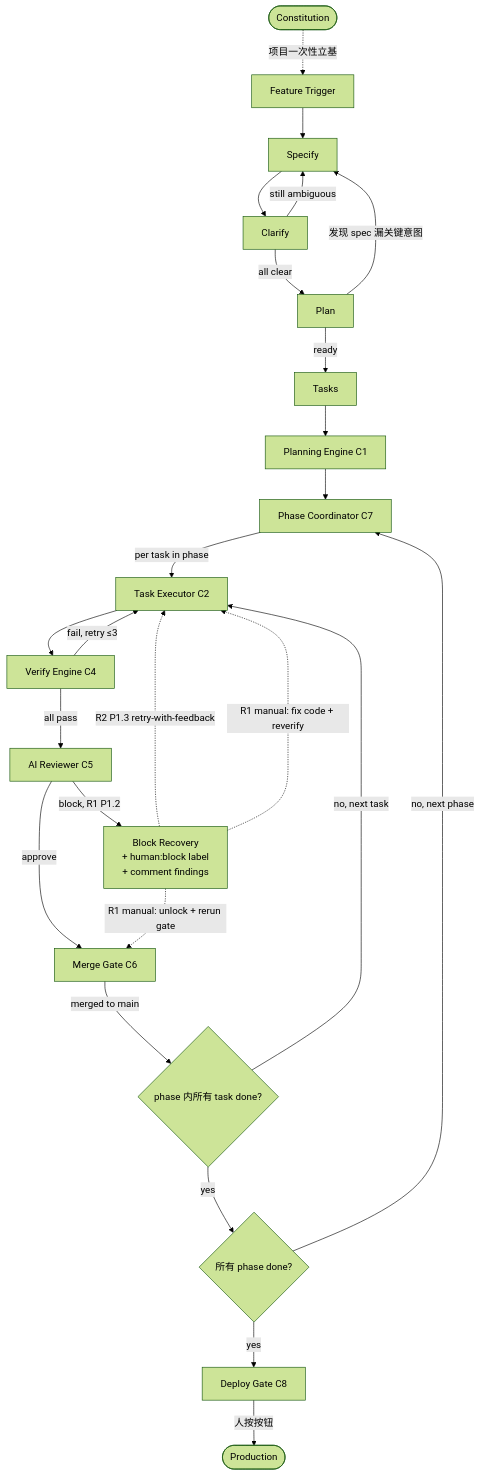
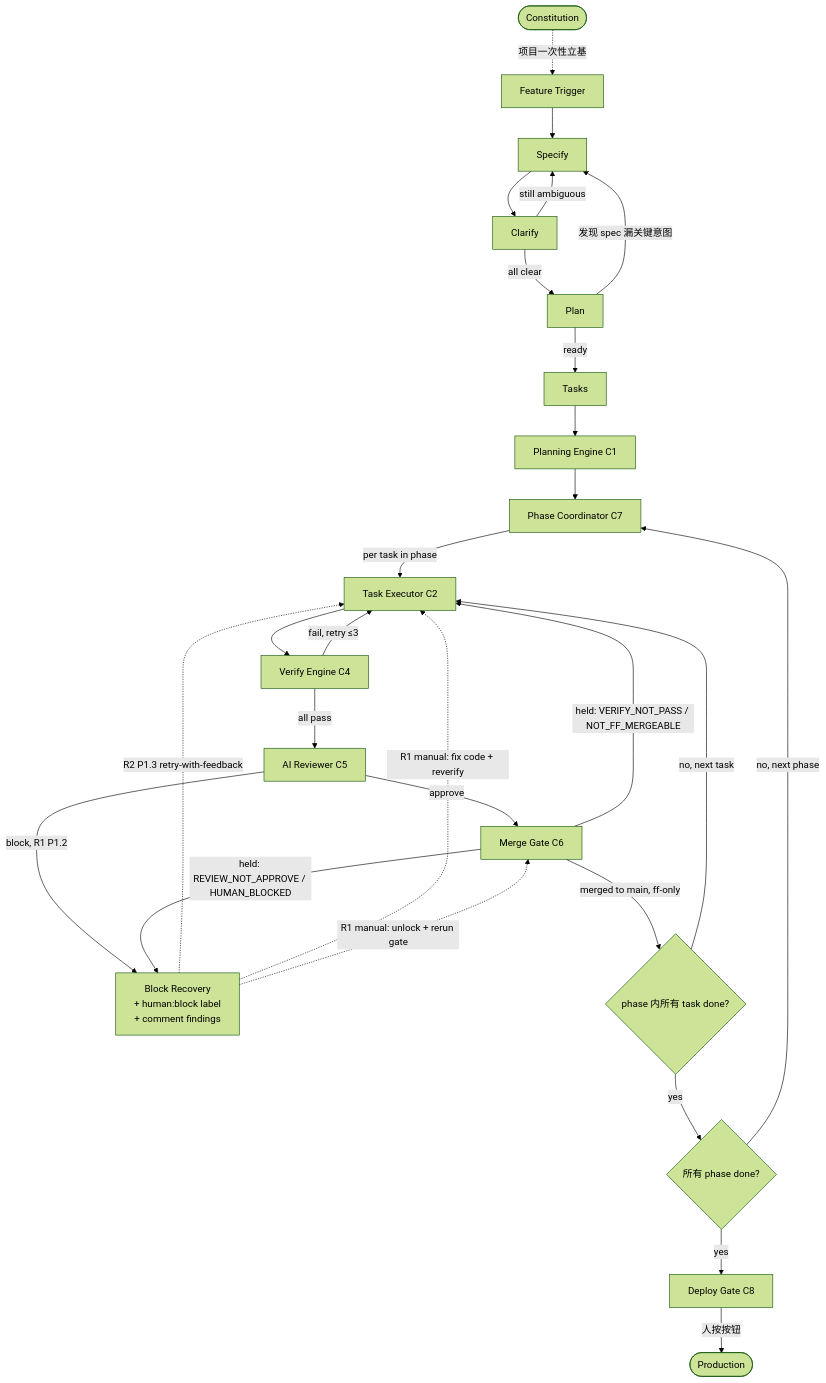
Before and after one commit to chinaszzt/suiyin-v4: the second of 5 diagrams in docs/sdd/workflows.md, drawn with Mermaid (forest theme). The commit also changed other lines of this file and 4 other files, not shown here.

````diff
--- a/docs/sdd/workflows.md
+++ b/docs/sdd/workflows.md
@@ -36,27 +36,29 @@
 ```mermaid
 flowchart TD
     A([Constitution]) -.->|项目一次性立基| B
     B[Feature Trigger] --> C[Specify]
     C --> D[Clarify]
     D -->|still ambiguous| C
     D -->|all clear| E[Plan]
     E -->|发现 spec 漏关键意图| C
     E -->|ready| F[Tasks]
     F --> G[Planning Engine C1]
     G --> H[Phase Coordinator C7]
     H -->|per task in phase| I[Task Executor C2]
     I --> J[Verify Engine C4]
     J -->|fail, retry ≤3| I
     J -->|all pass| K[AI Reviewer C5]
     K -->|approve| L[Merge Gate C6]
     K -->|block, R1 P1.2| BR[Block Recovery<br/>+ human:block label<br/>+ comment findings]
     BR -.->|R2 P1.3 retry-with-feedback| I
     BR -.->|R1 manual: fix code + reverify| I
     BR -.->|R1 manual: unlock + rerun gate| L
-    L -->|merged to main| M{phase 内所有 task done?}
+    L -->|merged to main, ff-only| M{phase 内所有 task done?}
+    L -->|held: VERIFY_NOT_PASS / NOT_FF_MERGEABLE| I
+    L -->|held: REVIEW_NOT_APPROVE / HUMAN_BLOCKED| BR
     M -->|no, next task| I
     M -->|yes| N{所有 phase done?}
     N -->|no, next phase| H
     N -->|yes| O[Deploy Gate C8]
     O -->|人按按钮| P([Production])
 ```
````
